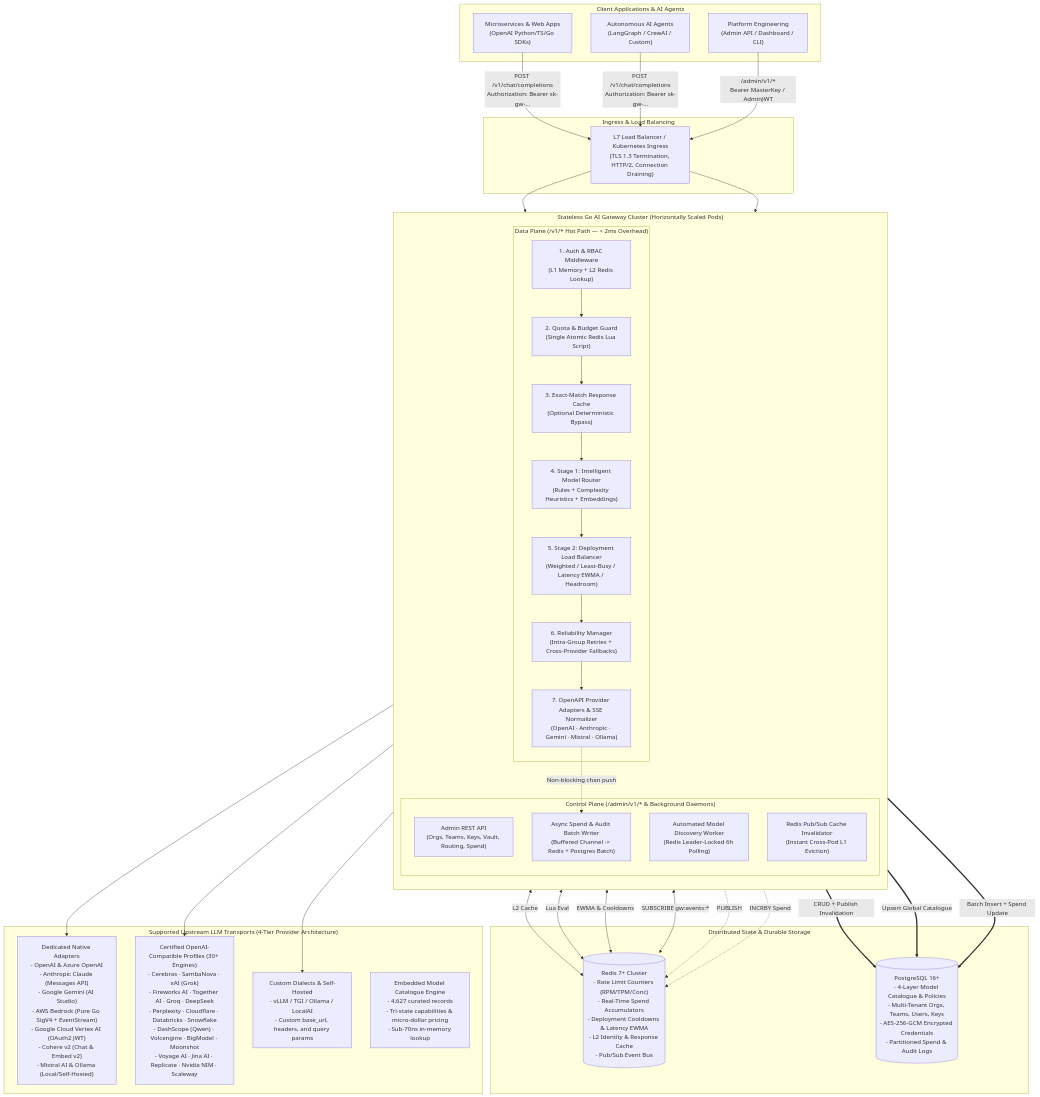
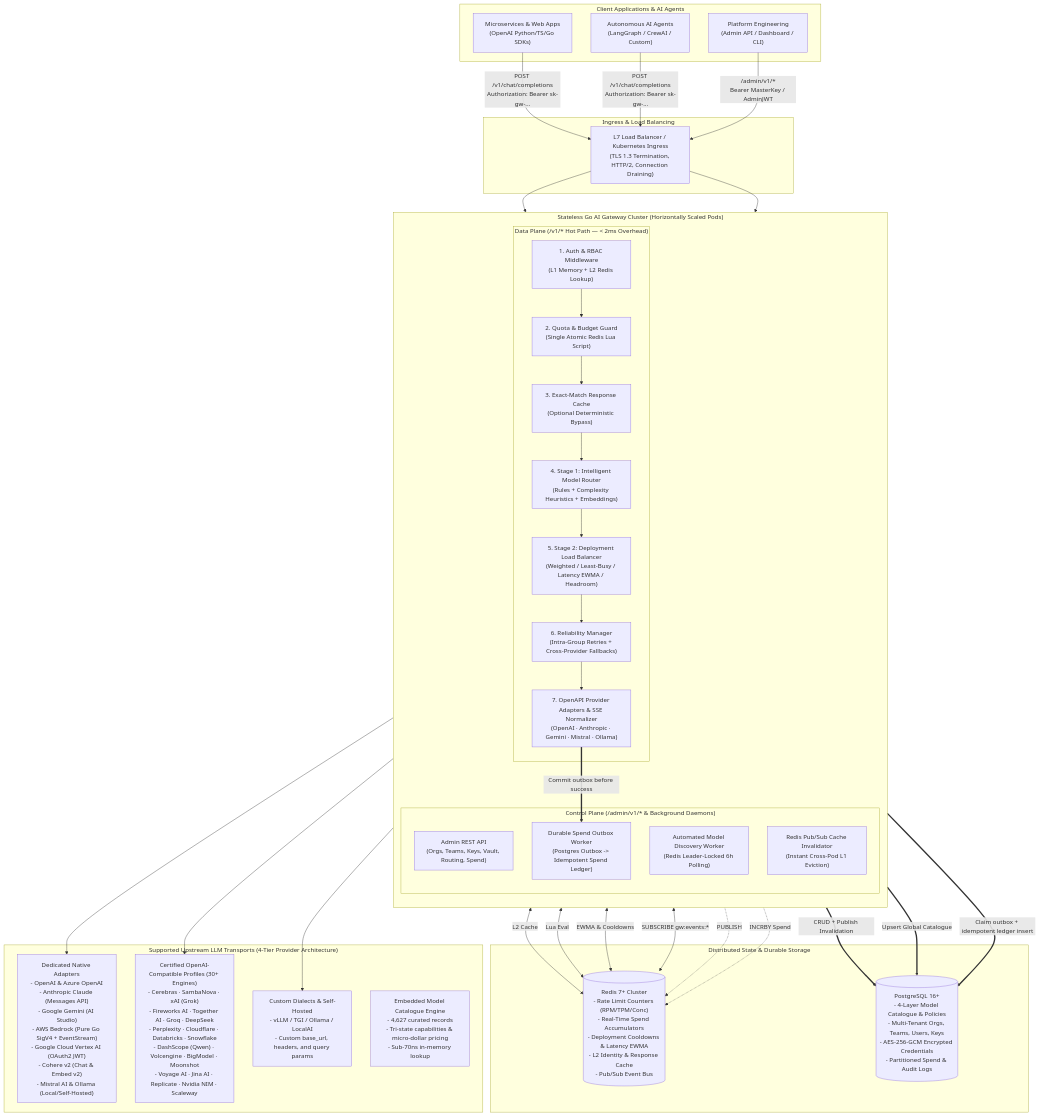
One commit to goroute-ai/ai-gateway-go changed the first of 6 diagrams in docs/ARCHITECTURE.md. Above: the diagram before and after it, drawn with Mermaid. The commit also changed other lines of this file and 24 other files, not shown here.

First line of the commit message:
Add durable spend event outbox (#35)

````diff
--- a/docs/ARCHITECTURE.md
+++ b/docs/ARCHITECTURE.md
@@ -109,64 +109,64 @@
 ```mermaid
 flowchart TB
     subgraph Clients["Client Applications & AI Agents"]
         App1["Microservices & Web Apps\n(OpenAI Python/TS/Go SDKs)"]
         App2["Autonomous AI Agents\n(LangGraph / CrewAI / Custom)"]
         Admin["Platform Engineering\n(Admin API / Dashboard / CLI)"]
     end
 
     subgraph Edge["Ingress & Load Balancing"]
         LB["L7 Load Balancer / Kubernetes Ingress\n(TLS 1.3 Termination, HTTP/2, Connection Draining)"]
     end
 
     subgraph Cluster["Stateless Go AI Gateway Cluster (Horizontally Scaled Pods)"]
         direction TB
         subgraph DataPlane["Data Plane (/v1/* Hot Path — < 2ms Overhead)"]
             AuthMW["1. Auth & RBAC Middleware\n(L1 Memory + L2 Redis Lookup)"]
             RateLimitMW["2. Quota & Budget Guard\n(Single Atomic Redis Lua Script)"]
             RespCache["3. Exact-Match Response Cache\n(Optional Deterministic Bypass)"]
             Stage1Router["4. Stage 1: Intelligent Model Router\n(Rules + Complexity Heuristics + Embeddings)"]
             Stage2LB["5. Stage 2: Deployment Load Balancer\n(Weighted / Least-Busy / Latency EWMA / Headroom)"]
             Reliability["6. Reliability Manager\n(Intra-Group Retries + Cross-Provider Fallbacks)"]
             AdapterLayer["7. OpenAPI Provider Adapters & SSE Normalizer\n(OpenAI · Anthropic · Gemini · Mistral · Ollama)"]
         end
 
         subgraph ControlPlane["Control Plane (/admin/v1/* & Background Daemons)"]
             AdminAPI["Admin REST API\n(Orgs, Teams, Keys, Vault, Routing, Spend)"]
             DiscoveryWorker["Automated Model Discovery Worker\n(Redis Leader-Locked 6h Polling)"]
-            SpendWorker["Async Spend & Audit Batch Writer\n(Buffered Channel -> Redis + Postgres Batch)"]
+            SpendWorker["Durable Spend Outbox Worker\n(Postgres Outbox -> Idempotent Spend Ledger)"]
             PubSubInvalidator["Redis Pub/Sub Cache Invalidator\n(Instant Cross-Pod L1 Eviction)"]
         end
     end
 
     subgraph BackingStores["Distributed State & Durable Storage"]
         Redis[("Redis 7+ Cluster\n- Rate Limit Counters (RPM/TPM/Conc)\n- Real-Time Spend Accumulators\n- Deployment Cooldowns & Latency EWMA\n- L2 Identity & Response Cache\n- Pub/Sub Event Bus")]
         Postgres[("PostgreSQL 16+\n- 4-Layer Model Catalogue & Policies\n- Multi-Tenant Orgs, Teams, Users, Keys\n- AES-256-GCM Encrypted Credentials\n- Partitioned Spend & Audit Logs")]
     end
 
     subgraph Upstreams["Supported Upstream LLM Transports (4-Tier Provider Architecture)"]
         Native["Dedicated Native Adapters\n- OpenAI & Azure OpenAI\n- Anthropic Claude (Messages API)\n- Google Gemini (AI Studio)\n- AWS Bedrock (Pure Go SigV4 + EventStream)\n- Google Cloud Vertex AI (OAuth2 JWT)\n- Cohere v2 (Chat & Embed v2)\n- Mistral AI & Ollama (Local/Self-Hosted)"]
         CompatProfiles["Certified OpenAI-Compatible Profiles (30+ Engines)\n- Cerebras · SambaNova · xAI (Grok)\n- Fireworks AI · Together AI · Groq · DeepSeek\n- Perplexity · Cloudflare · Databricks · Snowflake\n- DashScope (Qwen) · Volcengine · BigModel · Moonshot\n- Voyage AI · Jina AI · Replicate · Nvidia NIM · Scaleway"]
         CustomDialect["Custom Dialects & Self-Hosted\n- vLLM / TGI / Ollama / LocalAI\n- Custom base_url, headers, and query params"]
         CatalogEngine["Embedded Model Catalogue Engine\n- 4,627 curated records\n- Tri-state capabilities & micro-dollar pricing\n- Sub-70ns in-memory lookup"]
     end
 
     App1 & App2 -->|"POST /v1/chat/completions\nAuthorization: Bearer sk-gw-..."| LB
     Admin -->|" /admin/v1/*\nBearer MasterKey / AdminJWT"| LB
     LB --> AuthMW
     LB --> AdminAPI
 
     AuthMW --> RateLimitMW --> RespCache --> Stage1Router --> Stage2LB --> Reliability --> AdapterLayer
-    AdapterLayer -.->|"Non-blocking chan push"| SpendWorker
+    AdapterLayer ==>|"Commit outbox before success"| SpendWorker
 
     AuthMW <-->|"L2 Cache"| Redis
     RateLimitMW <-->|"Lua Eval"| Redis
     Stage2LB <-->|"EWMA & Cooldowns"| Redis
     PubSubInvalidator <-->|"SUBSCRIBE gw:events:*"| Redis
     AdminAPI ==>|"CRUD + Publish Invalidation"| Postgres
     AdminAPI -.->|"PUBLISH"| Redis
     DiscoveryWorker ==>|"Upsert Global Catalogue"| Postgres
-    SpendWorker ==>|"Batch Insert + Spend Update"| Postgres
+    SpendWorker ==>|"Claim outbox + idempotent ledger insert"| Postgres
     SpendWorker -.->|"INCRBY Spend"| Redis
 
     AdapterLayer --> Native & CompatProfiles & CustomDialect
 ```
````
